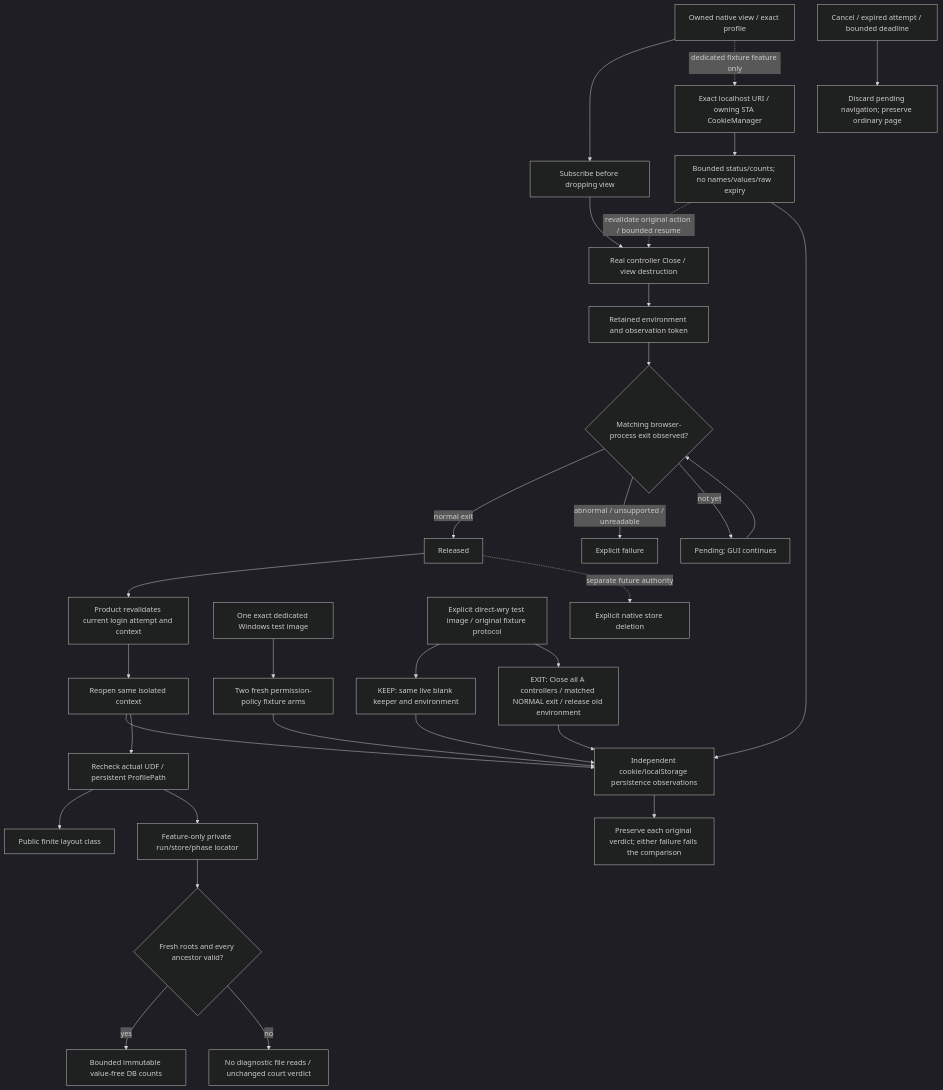
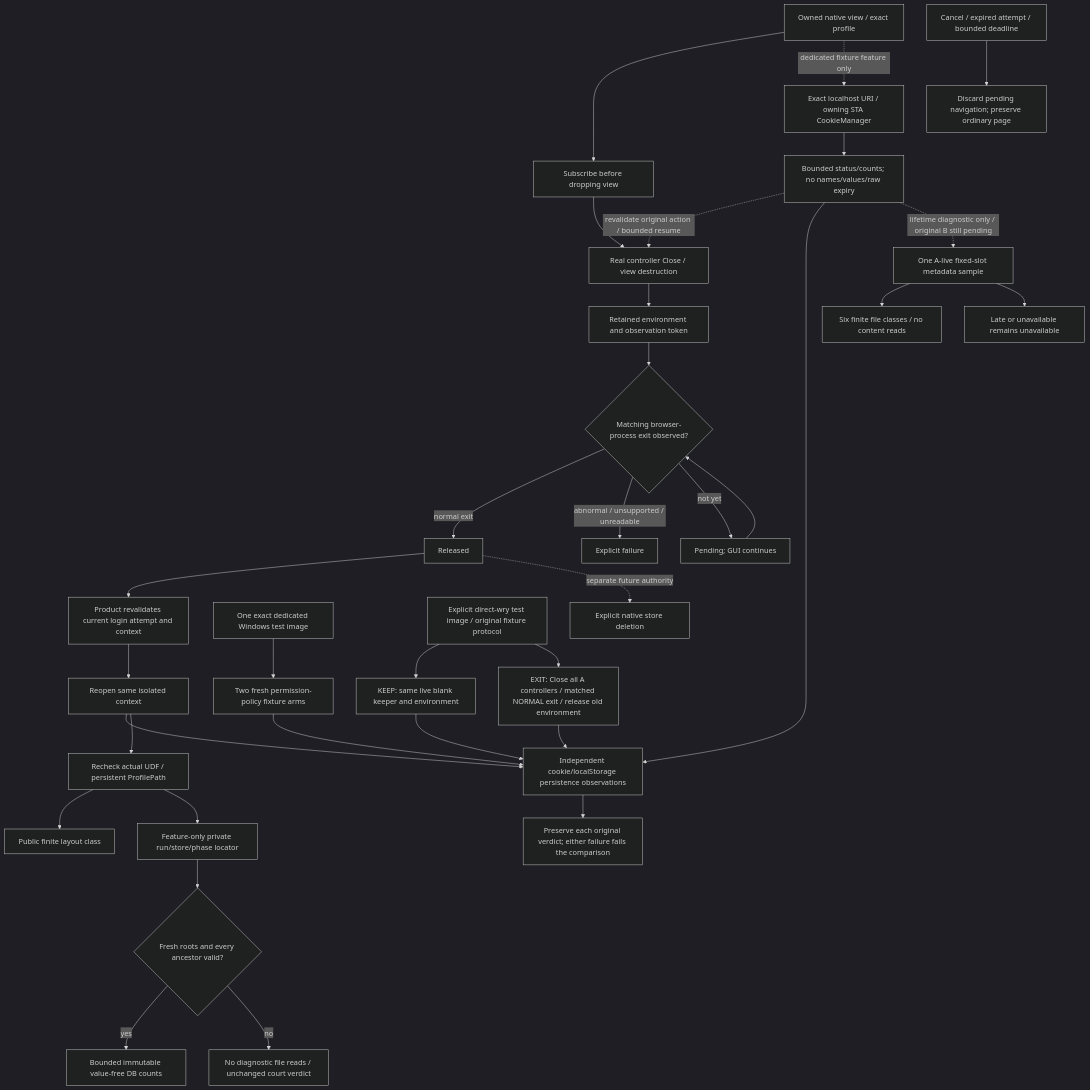
The diagram in prd/PRD_02_28_01_browser_context_lifecycle.md (partnernetsoftware/minicon), drawn with Mermaid (dark theme) before and after one commit. The commit also changed other lines of this file and 8 other files, not shown here.

````diff
--- a/prd/PRD_02_28_01_browser_context_lifecycle.md
+++ b/prd/PRD_02_28_01_browser_context_lifecycle.md
@@ -67,32 +72,35 @@
 ```mermaid
 flowchart TD
     V[Owned native view / exact profile] --> SUB[Subscribe before dropping view]
     SUB --> CLOSE[Real controller Close / view destruction]
     CLOSE --> P[Retained environment and observation token]
     P --> EVENT{Matching browser-process exit observed?}
     EVENT -->|normal exit| READY[Released]
     EVENT -->|abnormal / unsupported / unreadable| FAIL[Explicit failure]
     EVENT -->|not yet| WAIT[Pending; GUI continues]
     WAIT --> EVENT
     READY --> R[Product revalidates current login attempt and context]
     R --> OPEN[Reopen same isolated context]
     OPEN --> STORE[Independent cookie/localStorage persistence observations]
     OPEN --> SDK[Recheck actual UDF / persistent ProfilePath]
     SDK --> FINITE[Public finite layout class]
     SDK --> PRIVATE[Feature-only private run/store/phase locator]
     V -. dedicated fixture feature only .-> QUERY[Exact localhost URI / owning STA CookieManager]
     QUERY --> META[Bounded status/counts; no names/values/raw expiry]
     META -. revalidate original action / bounded resume .-> CLOSE
     META --> STORE
+    META -. lifetime diagnostic only / original B still pending .-> PF[One A-live fixed-slot metadata sample]
+    PF --> CLASS[Six finite file classes / no content reads]
+    PF --> PU[Late or unavailable remains unavailable]
     IMAGE[One exact dedicated Windows test image] --> ACL[Two fresh permission-policy fixture arms]
     ACL --> STORE
     LIFE[Explicit direct-wry test image / original fixture protocol] --> K[KEEP: same live blank keeper and environment]
     LIFE --> X[EXIT: Close all A controllers / matched NORMAL exit / release old environment]
     K & X --> STORE
     STORE --> BOTH[Preserve each original verdict; either failure fails the comparison]
     PRIVATE --> ROOTS{Fresh roots and every ancestor valid?}
     ROOTS -->|yes| DB[Bounded immutable value-free DB counts]
     ROOTS -->|no| UNAVAILABLE[No diagnostic file reads / unchanged court verdict]
     CANCEL[Cancel / expired attempt / bounded deadline] --> DISCARD[Discard pending navigation; preserve ordinary page]
     READY -. separate future authority .-> DELETE[Explicit native store deletion]
 ```
````
